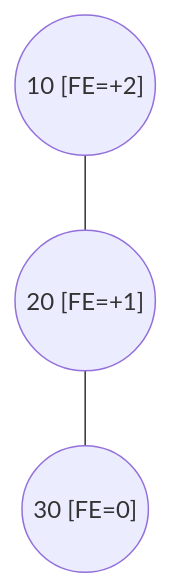
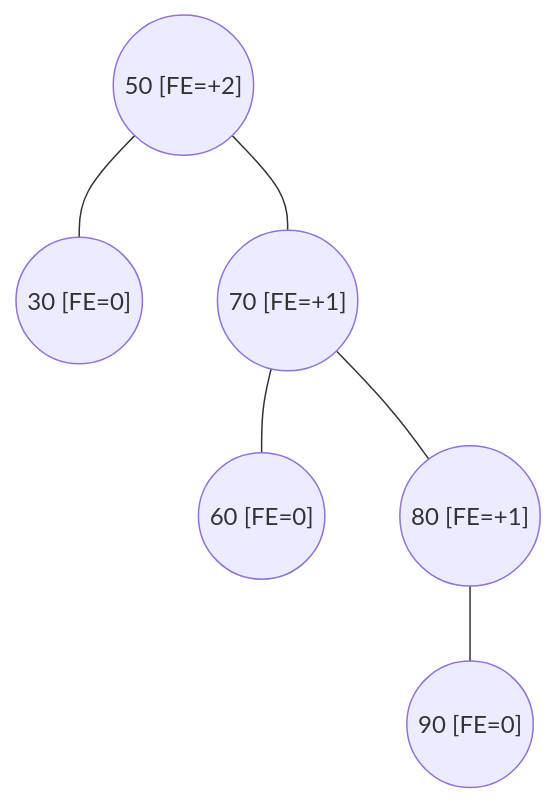
Before and after one commit to frijolitobandido/Guia_Matematica_Discreta: diagram 22 of 34 in 03-arboles.md, drawn with Mermaid. The commit also changed other lines of this file, not shown here.

````diff
--- a/03-arboles.md
+++ b/03-arboles.md
@@ -573,5 +596,11 @@
 ```mermaid
 graph TD
-    g1(("10 [FE=+2]")) --- g2(("20 [FE=+1]"))
-    g2 --- g3(("30 [FE=0]"))
+    g1(("50 [FE=+2]")) --- g2(("30 [FE=0]"))
+    g1 --- g3(("70 [FE=+1]"))
+    g3 --- g4(("60 [FE=0]"))
+    g3 --- g5(("80 [FE=+1]"))
+    sp1(( )):::invisible ~~~ g5
+    g5 --- g6(("90 [FE=0]"))
+
+    classDef invisible fill:none,stroke:none
 ```
````
